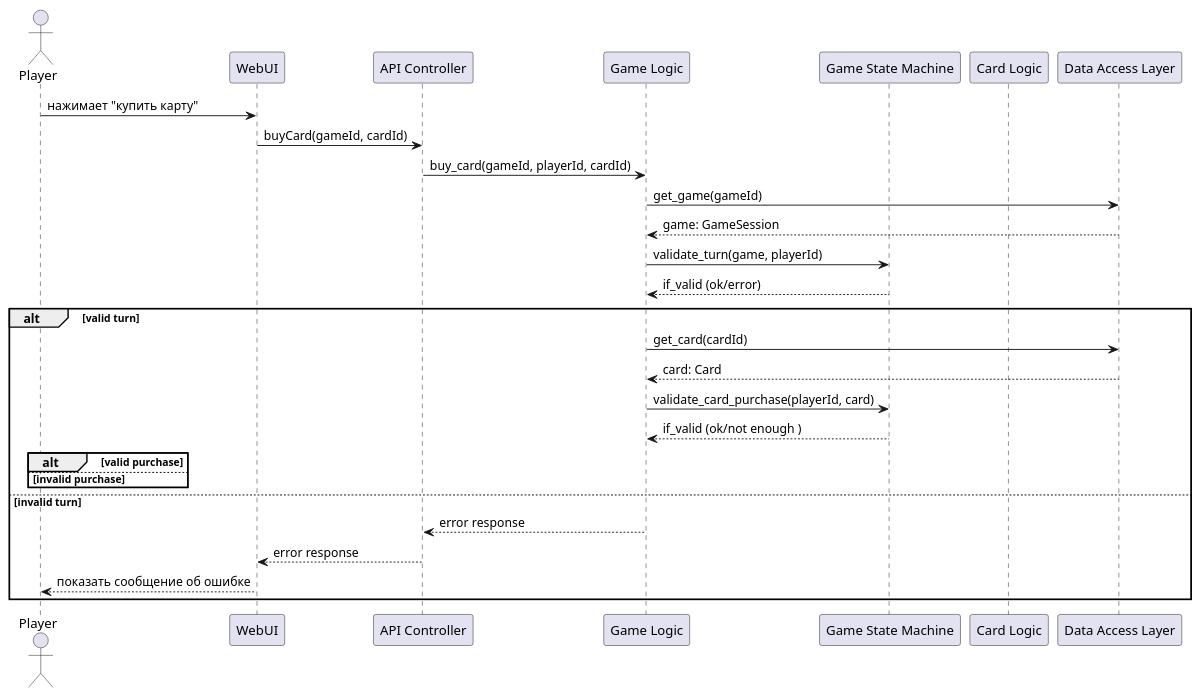
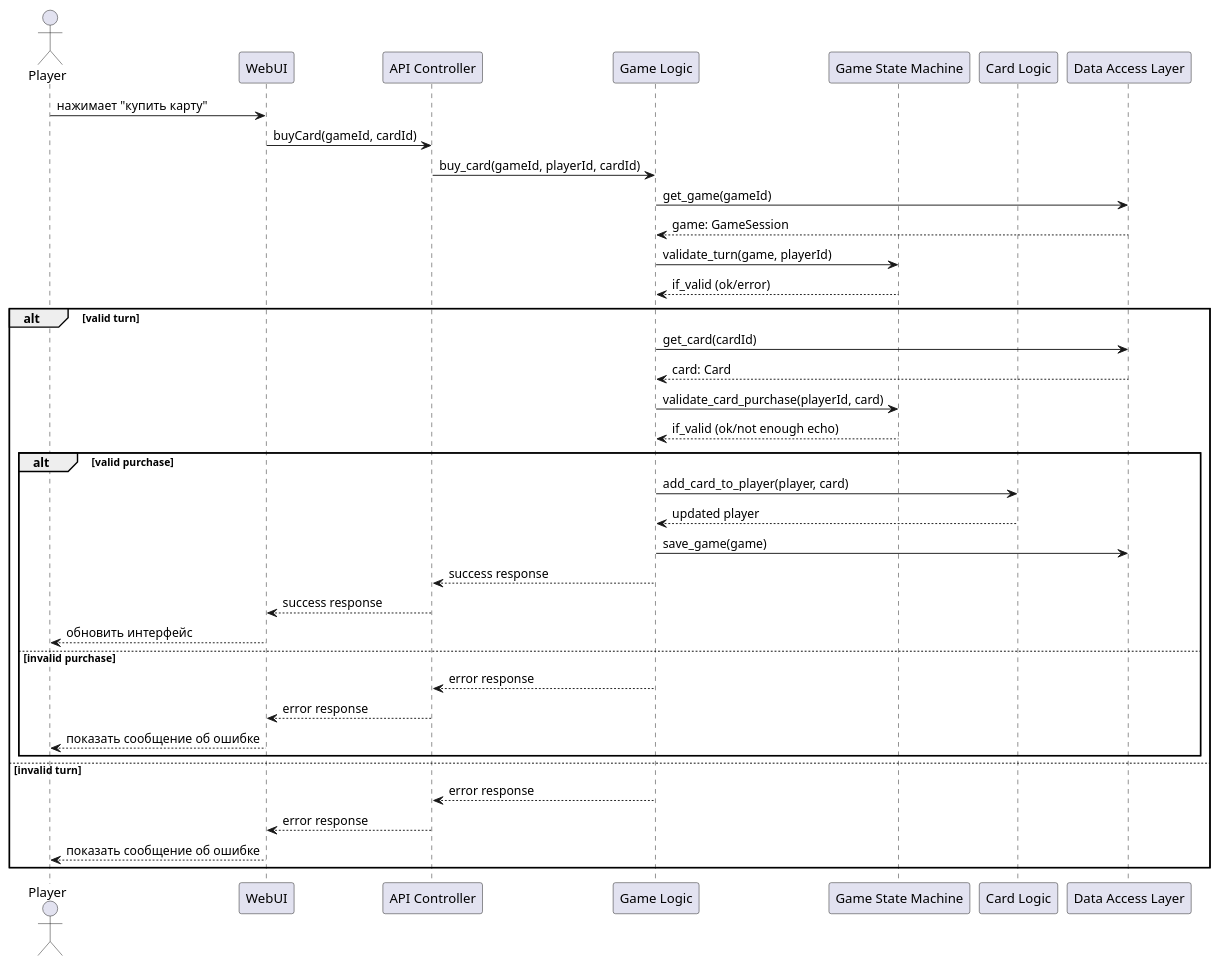
One commit to just-rudy/cool-magic-battles changed the diagram in docs/card-buy.puml. Above: the diagram before and after it, drawn with PlantUML. The commit also changed 9 other files, not shown here.

```diff
--- a/docs/card-buy.puml
+++ b/docs/card-buy.puml
@@ -1,37 +1,47 @@
 @startuml
 actor Player as player
 participant "WebUI" as web
 participant "API Controller" as api
 participant "Game Logic" as game
 participant "Game State Machine" as state
 participant "Card Logic" as card
 participant "Data Access Layer" as data
 
 player -> web: нажимает "купить карту"
 web -> api: buyCard(gameId, cardId)
 api -> game: buy_card(gameId, playerId, cardId)
 
 game -> data: get_game(gameId)
 data --> game: game: GameSession
 
 game -> state: validate_turn(game, playerId)
 state --> game: if_valid (ok/error)
 
 alt valid turn 
     game -> data: get_card(cardId)
     data --> game: card: Card
 
     game -> state: validate_card_purchase(playerId, card)
-    state --> game: if_valid (ok/not enough )
+    state --> game: if_valid (ok/not enough echo)
 
     alt valid purchase
+        game -> card: add_card_to_player(player, card)
+        card --> game: updated player
 
+        game -> data: save_game(game)
+        
+        game --> api: success response
+        api --> web: success response
+        web --> player: обновить интерфейс
     else invalid purchase
+        game --> api: error response
+        api --> web: error response
+        web --> player: показать сообщение об ошибке
     end
 
 else invalid turn
     game --> api: error response
     api --> web: error response
     web --> player: показать сообщение об ошибке
 end
 @enduml
```
